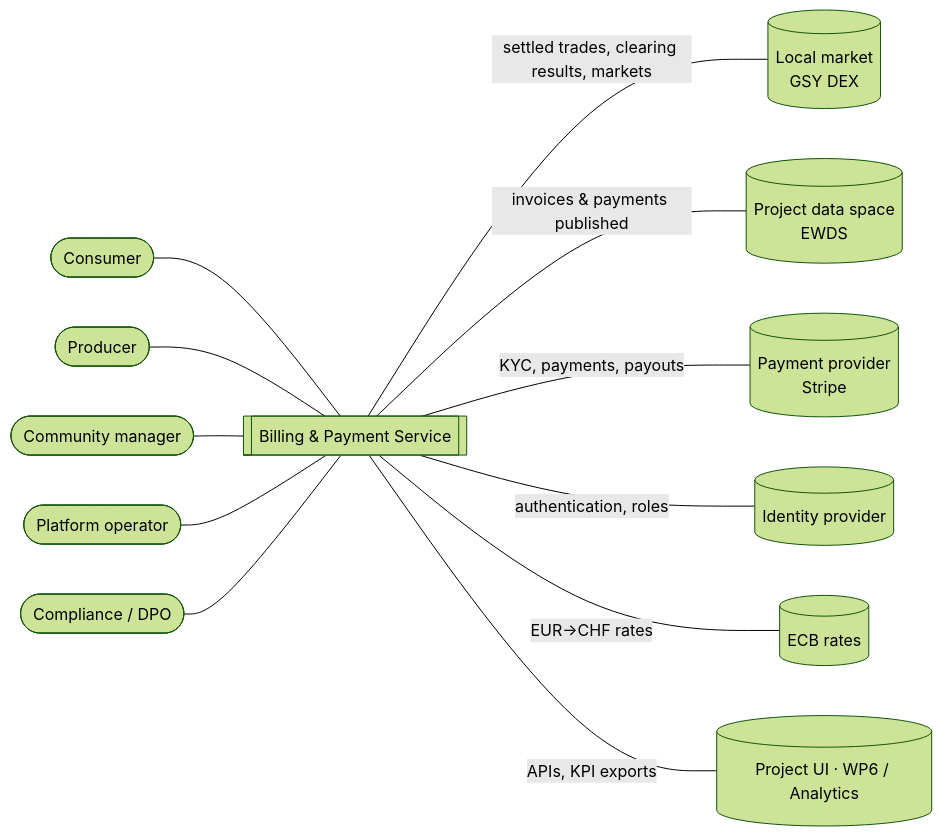
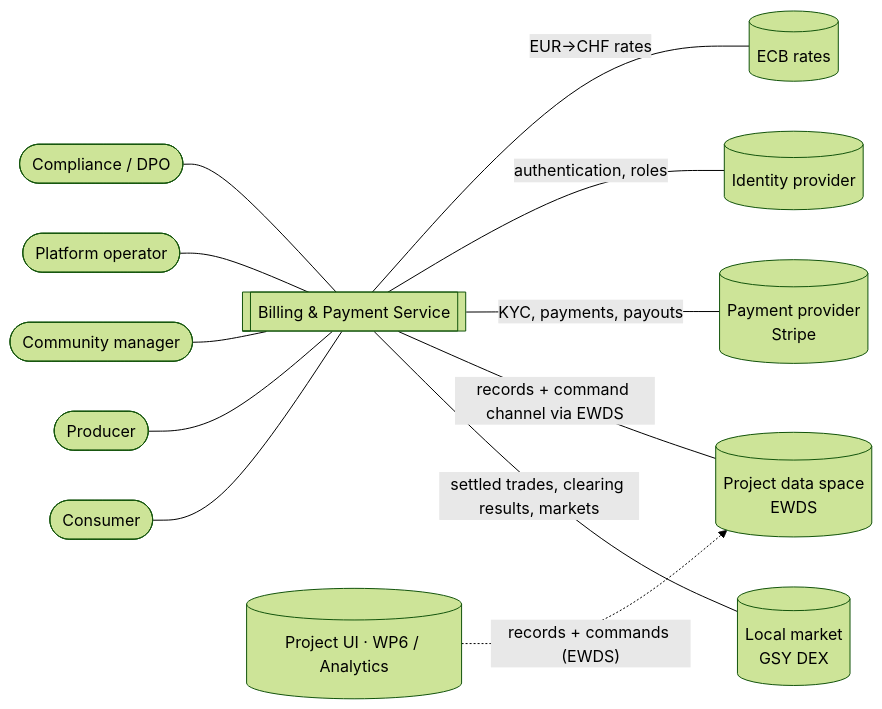
One commit to blooo-io/intelligent-eu-bps-source changed the first of 7 diagrams in docs/architecture/01-functional-architecture.md. Above: the diagram before and after it, drawn with Mermaid (forest theme). The commit also changed other lines of this file and 96 other files, not shown here.

````diff
--- a/docs/architecture/01-functional-architecture.md
+++ b/docs/architecture/01-functional-architecture.md
@@ -53,16 +54,17 @@
 ```mermaid
 %% elk %%
 flowchart LR
   C([Consumer]) --- B
   P([Producer]) --- B
   CM([Community manager]) --- B
   OP([Platform operator]) --- B
   DPO([Compliance / DPO]) --- B
   B[[Billing & Payment Service]]
   B -- "settled trades, clearing results, markets" --- MKT[(Local market<br/>GSY DEX)]
-  B -- "invoices & payments published" --- DS[(Project data space<br/>EWDS)]
+  B -- "records + command channel via EWDS" --- DS[(Project data space<br/>EWDS)]
   B -- "KYC, payments, payouts" --- PSP[(Payment provider<br/>Stripe)]
   B -- "authentication, roles" --- IDP[(Identity provider)]
   B -- "EUR→CHF rates" --- FX[(ECB rates)]
-  B -- "APIs, KPI exports" --- EXT[(Project UI · WP6 / Analytics)]
+  EXT[(Project UI · WP6 / Analytics)]
+  EXT -. "records + commands (EWDS)" .-> DS
 ```
````
